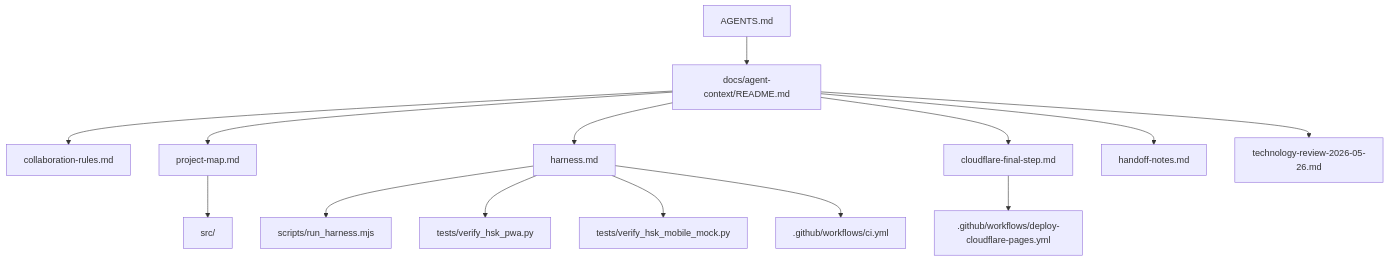
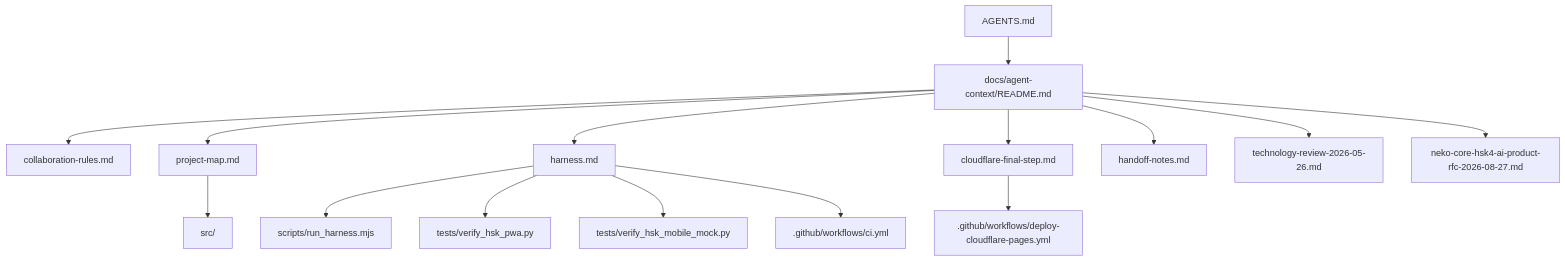
One commit to meiiie/hong_hsk changed the diagram in docs/agent-context/README.md. Above: the diagram before and after it, drawn with Mermaid. The commit also changed other lines of this file and 34 other files, not shown here.

Commit message:
Remove legacy AI and define Neko Core foundation

````diff
--- a/docs/agent-context/README.md
+++ b/docs/agent-context/README.md
@@ -21,16 +22,17 @@
 ```mermaid
 flowchart TD
   A["AGENTS.md"] --> B["docs/agent-context/README.md"]
   B --> C["collaboration-rules.md"]
   B --> D["project-map.md"]
   B --> E["harness.md"]
   B --> F["cloudflare-final-step.md"]
   B --> G["handoff-notes.md"]
   B --> N["technology-review-2026-05-26.md"]
+  B --> O["neko-core-hsk4-ai-product-rfc-2026-08-27.md"]
   E --> H["scripts/run_harness.mjs"]
   E --> I["tests/verify_hsk_pwa.py"]
   E --> J["tests/verify_hsk_mobile_mock.py"]
   E --> K[".github/workflows/ci.yml"]
   F --> L[".github/workflows/deploy-cloudflare-pages.yml"]
   D --> M["src/"]
 ```
````
